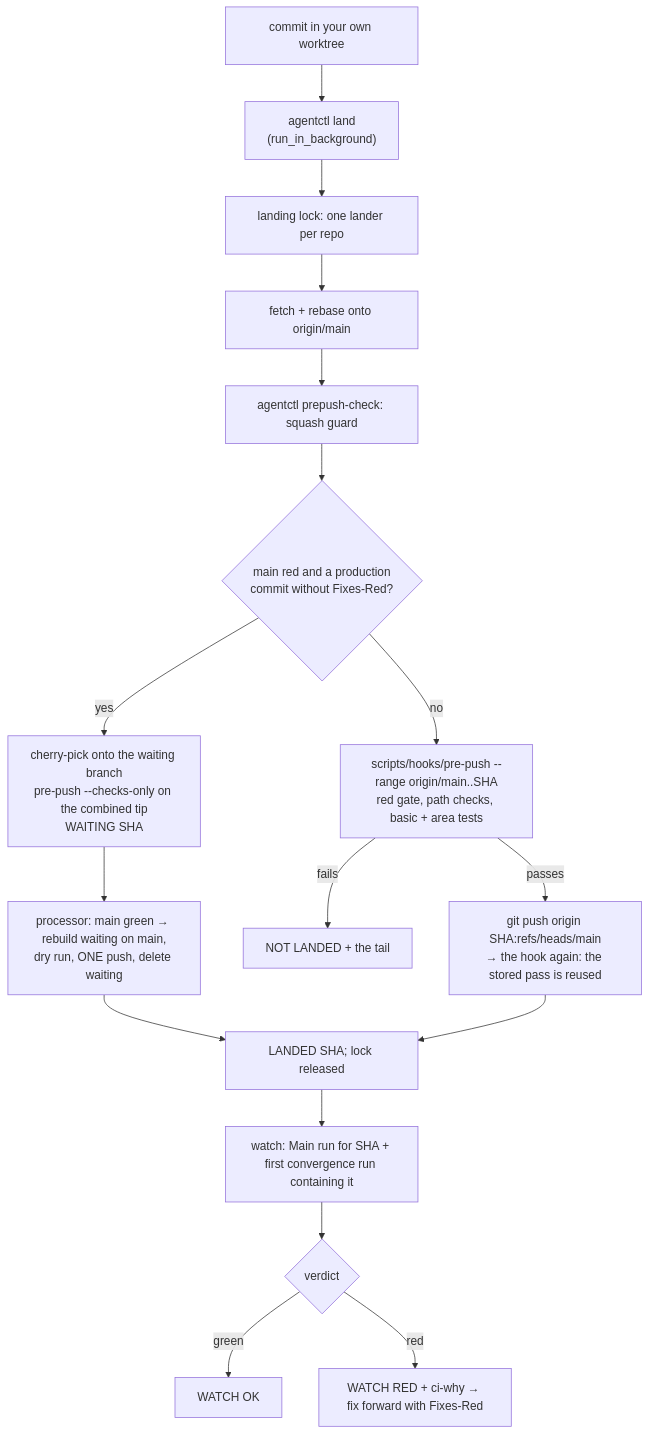
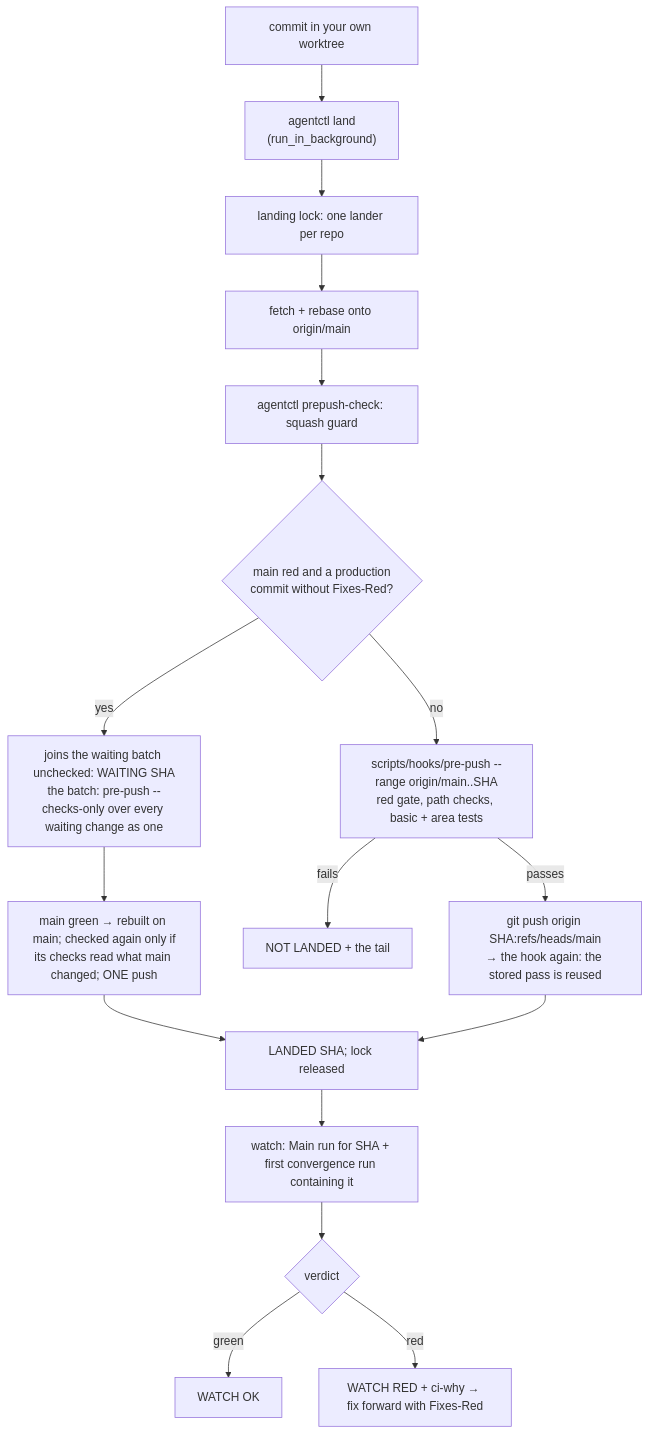
Before and after one commit to pawelkrupinski/movies: the diagram in docs/landing-process.md, drawn with Mermaid. The commit also changed other lines of this file, not shown here.

First line of the commit message:
docs: the landing process's waiting batch pre-checks every waiting change as one while red

````diff
--- a/docs/landing-process.md
+++ b/docs/landing-process.md
@@ -77,19 +78,19 @@
 ```mermaid
 flowchart TD
     C[commit in your own worktree] --> L["agentctl land<br/>(run_in_background)"]
     L --> K[landing lock: one lander per repo]
     K --> F[fetch + rebase onto origin/main]
     F --> P[agentctl prepush-check: squash guard]
     P --> G{main red and a production<br/>commit without Fixes-Red?}
-    G -- yes --> WB["cherry-pick onto the waiting branch<br/>pre-push --checks-only on the combined tip<br/>WAITING SHA"]
-    WB --> WP["processor: main green → rebuild waiting on main,<br/>dry run, ONE push, delete waiting"]
+    G -- yes --> WB["joins the waiting batch unchecked: WAITING SHA<br/>the batch: pre-push --checks-only over every waiting change as one"]
+    WB --> WP["main green → rebuilt on main; checked again only if<br/>its checks read what main changed; ONE push"]
     WP --> V
     G -- no --> D["scripts/hooks/pre-push --range origin/main..SHA<br/>red gate, path checks, basic + area tests"]
     D -- fails --> N[NOT LANDED + the tail]
     D -- passes --> H["git push origin SHA:refs/heads/main<br/>→ the hook again: the stored pass is reused"]
     H --> V[LANDED SHA; lock released]
     V --> W["watch: Main run for SHA + first convergence run containing it"]
     W --> R{verdict}
     R -- green --> OK[WATCH OK]
     R -- red --> RED["WATCH RED + ci-why → fix forward with Fixes-Red"]
 ```
````
